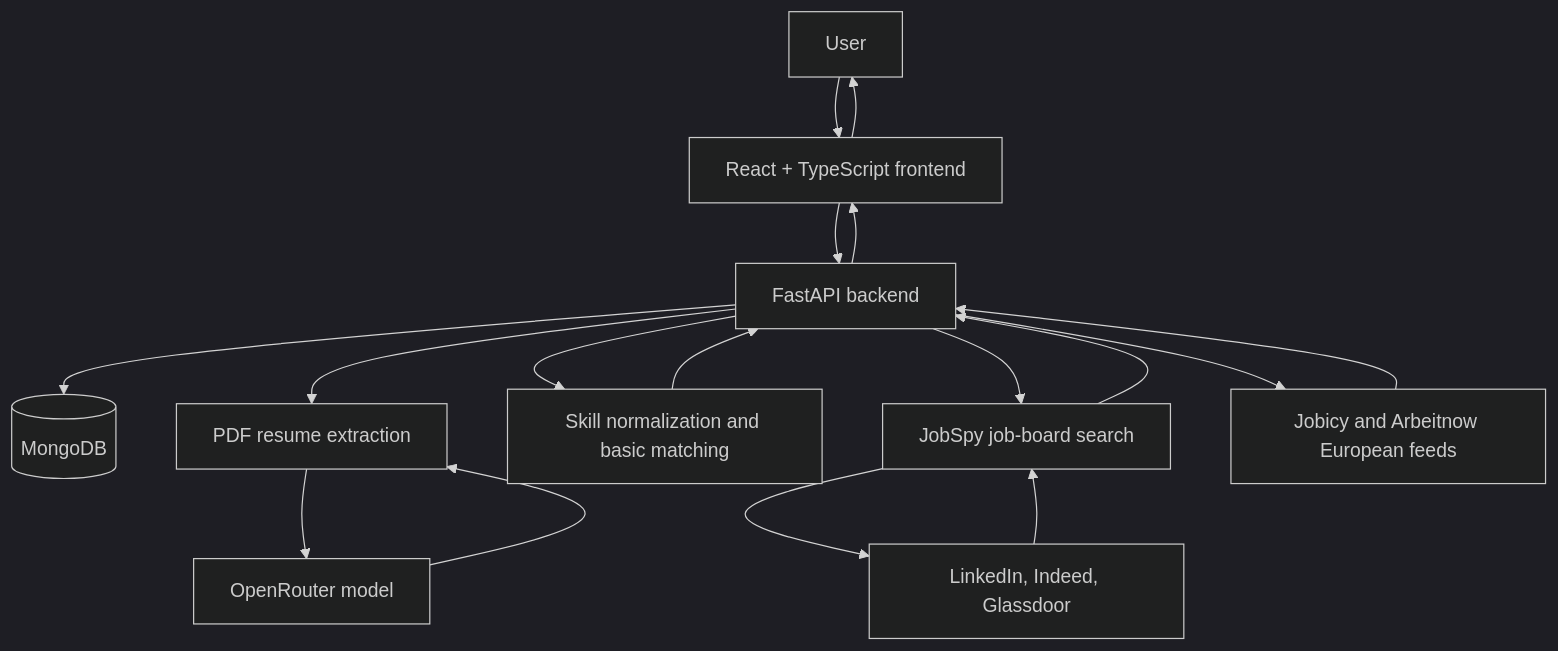
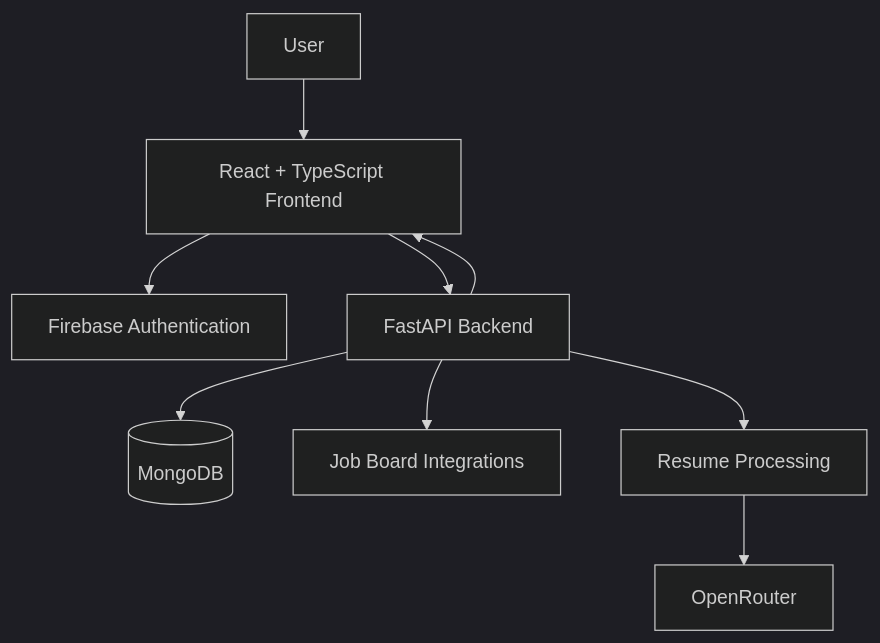
One commit to musahibpasha/careerpilot-ai changed the diagram in README.md. Above: the diagram before and after it, drawn with Mermaid (dark theme). The commit also changed other lines of this file, not shown here.

````diff
--- a/README.md
+++ b/README.md
@@ -142,19 +317,11 @@
 ```mermaid
 flowchart TD
-    U[User] --> FE[React + TypeScript frontend]
-    FE --> API[FastAPI backend]
-    API --> DB[(MongoDB)]
-    API --> RES[PDF resume extraction]
-    RES --> AI[OpenRouter model]
-    AI --> RES
-    API --> MATCH[Skill normalization and basic matching]
-    API --> JOBSPY[JobSpy job-board search]
-    JOBSPY --> BOARDS[LinkedIn, Indeed, Glassdoor]
-    BOARDS --> JOBSPY
-    JOBSPY --> API
-    API --> FEEDS[Jobicy and Arbeitnow European feeds]
-    FEEDS --> API
-    MATCH --> API
-    API --> FE
-    FE --> U
+    User[User] --> Frontend[React + TypeScript Frontend]
+    Frontend --> Firebase[Firebase Authentication]
+    Frontend --> Backend[FastAPI Backend]
+    Backend --> MongoDB[(MongoDB)]
+    Backend --> Jobs[Job Board Integrations]
+    Backend --> Resume[Resume Processing]
+    Resume --> AI[OpenRouter]
+    Backend --> Frontend
 ```
````
